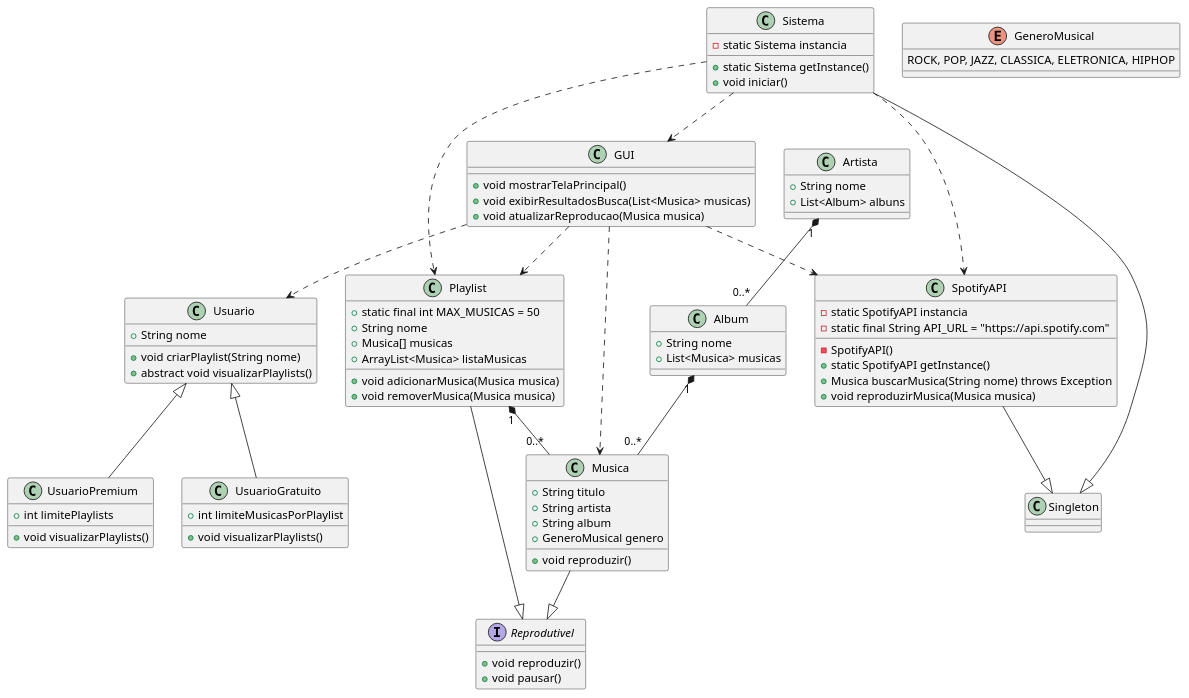
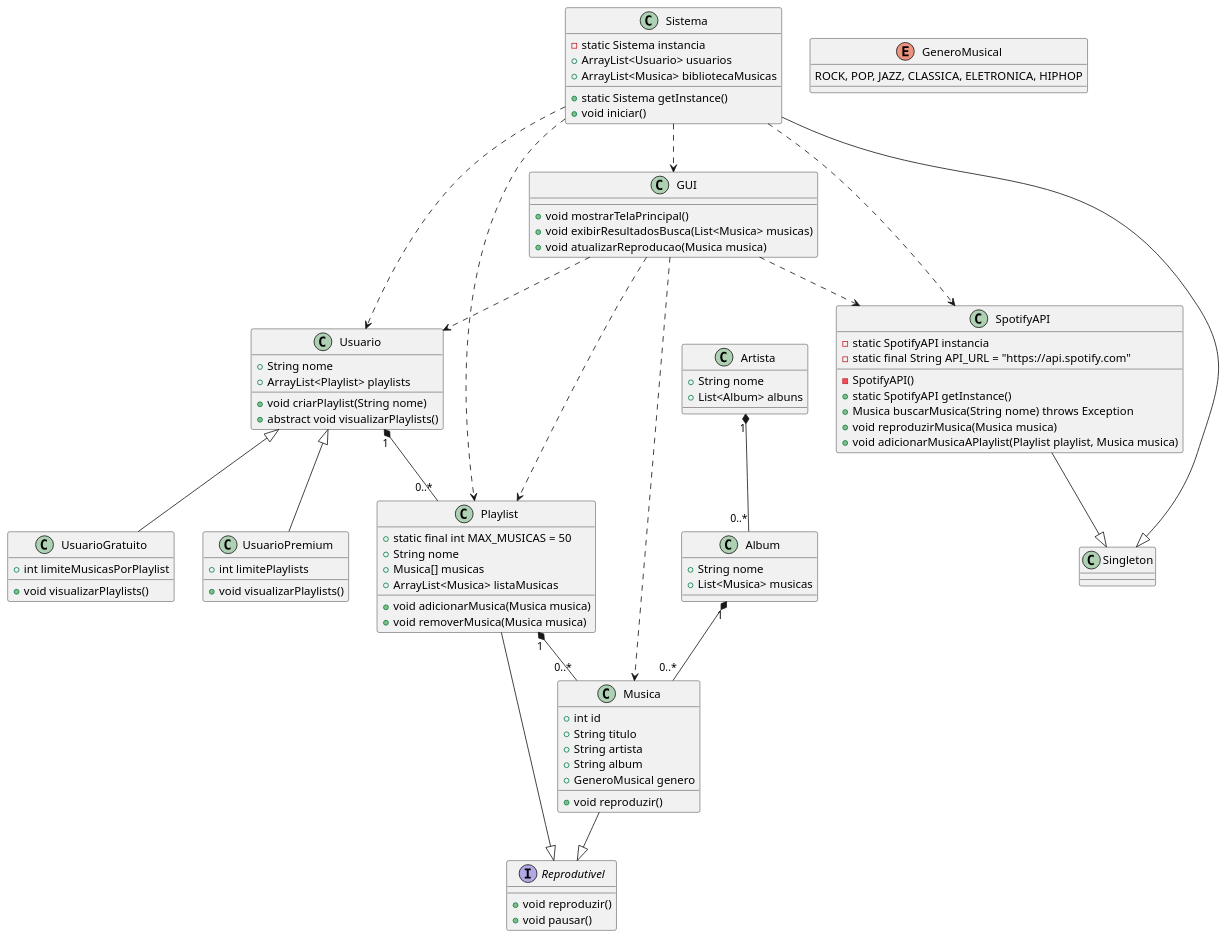
One commit to manuelafba/trabalhoFinalProg2 changed the diagram in src/Diagramas/Diagrama de Classes.puml. Above: the diagram before and after it, drawn with PlantUML.

Commit message:
Colocando Diagramas Em Pasta e testando SVG

```diff
--- a/src/Diagramas/Diagrama de Classes.puml
+++ b/src/Diagramas/Diagrama de Classes.puml
@@ -1,99 +1,106 @@
 @startuml
 ' Definição das classes principais
 class Musica {
+    +int id
     +String titulo
     +String artista
     +String album
     +GeneroMusical genero
     +void reproduzir()
 }
 
 class Playlist {
     +static final int MAX_MUSICAS = 50
     +String nome
     +Musica[] musicas
     +ArrayList<Musica> listaMusicas
     +void adicionarMusica(Musica musica)
     +void removerMusica(Musica musica)
 }
 
 class Artista {
     +String nome
     +List<Album> albuns
 }
 
 class Album {
     +String nome
     +List<Musica> musicas
 }
 
 class SpotifyAPI {
     -static SpotifyAPI instancia
     -static final String API_URL = "https://api.spotify.com"
     -SpotifyAPI()
     +static SpotifyAPI getInstance()
     +Musica buscarMusica(String nome) throws Exception
     +void reproduzirMusica(Musica musica)
+    +void adicionarMusicaAPlaylist(Playlist playlist, Musica musica)
 }
 
 class GUI {
     +void mostrarTelaPrincipal()
     +void exibirResultadosBusca(List<Musica> musicas)
     +void atualizarReproducao(Musica musica)
 }
 
 class Sistema {
     -static Sistema instancia
     +static Sistema getInstance()
     +void iniciar()
+    +ArrayList<Usuario> usuarios
+    +ArrayList<Musica> bibliotecaMusicas
 }
 
 interface Reprodutivel {
     +void reproduzir()
     +void pausar()
 }
 
 class Usuario {
     +String nome
+    +ArrayList<Playlist> playlists
     +void criarPlaylist(String nome)
     +abstract void visualizarPlaylists()
 }
 
 class UsuarioPremium {
     +int limitePlaylists
     +void visualizarPlaylists()
 }
 
 class UsuarioGratuito {
     +int limiteMusicasPorPlaylist
     +void visualizarPlaylists()
 }
 
 enum GeneroMusical {
     ROCK, POP, JAZZ, CLASSICA, ELETRONICA, HIPHOP
 }
 
 ' Relacionamentos entre as classes
+Usuario "1" *-- "0..*" Playlist
 Playlist "1" *-- "0..*" Musica
 Artista "1" *-- "0..*" Album
 Album "1" *-- "0..*" Musica
 
 SpotifyAPI --|> Singleton
 Sistema --|> Singleton
 
 Musica --|> Reprodutivel
 Playlist --|> Reprodutivel
 
 Usuario <|-- UsuarioPremium
 Usuario <|-- UsuarioGratuito
 
 GUI ..> SpotifyAPI
 GUI ..> Playlist
 GUI ..> Musica
 GUI ..> Usuario
 
 Sistema ..> SpotifyAPI
 Sistema ..> GUI
 Sistema ..> Playlist
+Sistema ..> Usuario
 
 @enduml
```
